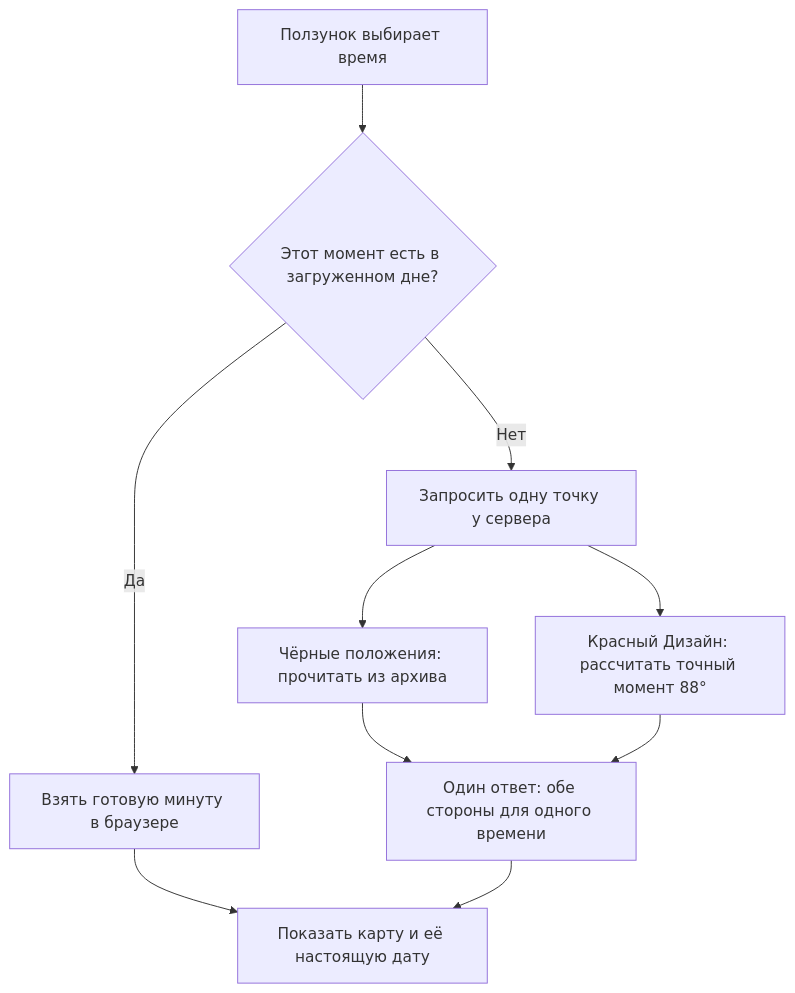
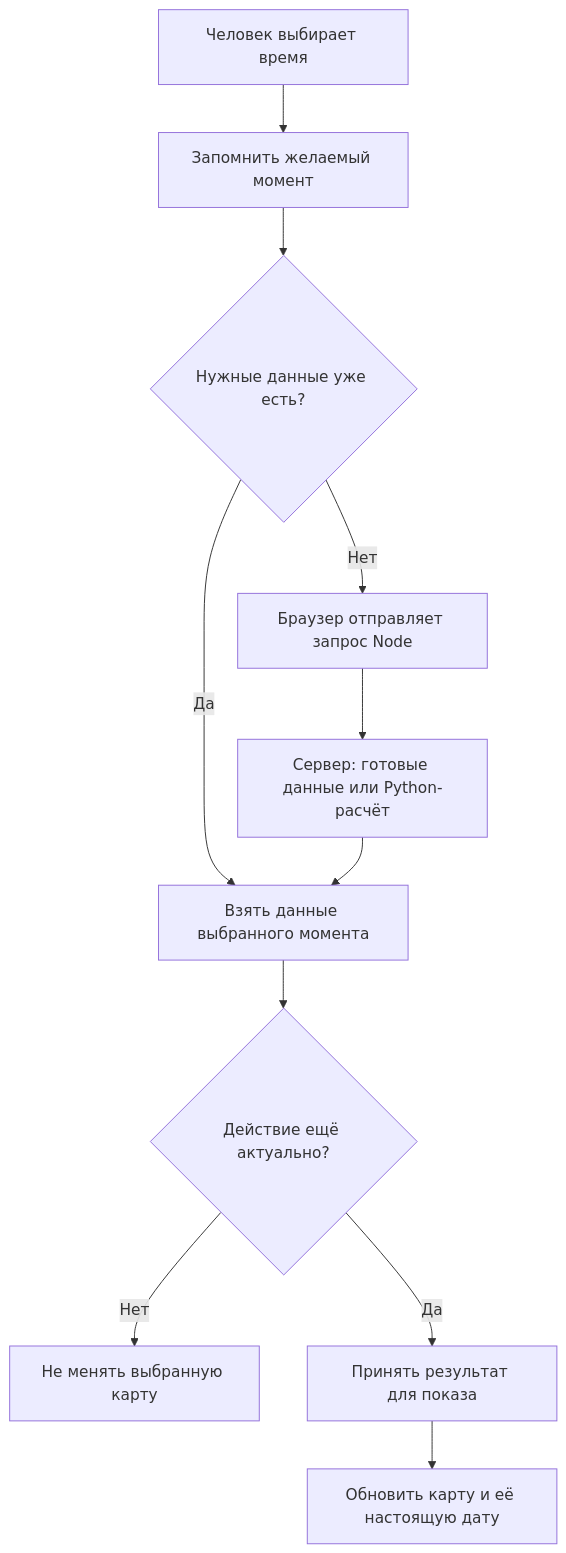
Before and after one commit to JMahach/forma: the first of 2 diagrams in README.md, drawn with Mermaid. The commit also changed other lines of this file and 196 other files, not shown here.

First line of the commit message:
Complete chart exploration, cache safeguards, and project guide

````diff
--- a/README.md
+++ b/README.md
@@ -57,12 +295,13 @@
 ```mermaid
-flowchart TB
-  slider["Ползунок выбирает время"] --> available{"Этот момент есть в загруженном дне?"}
-  available -- "Да" --> minute["Взять готовую минуту в браузере"]
-  available -- "Нет" --> server["Запросить одну точку у сервера"]
-  server --> black["Чёрные положения: прочитать из архива"]
-  server --> red["Красный Дизайн: рассчитать точный момент 88°"]
-  black --> pair["Один ответ: обе стороны для одного времени"]
-  red --> pair
-  minute --> show["Показать карту и её настоящую дату"]
-  pair --> show
+flowchart TD
+  action["Человек выбирает время"] --> target["Запомнить желаемый момент"]
+  target --> available{"Нужные данные уже есть?"}
+  available -- "Да" --> values["Взять данные выбранного момента"]
+  available -- "Нет" --> request["Браузер отправляет запрос Node"]
+  request --> calc["Сервер: готовые данные или Python-расчёт"]
+  calc --> values
+  values --> check{"Действие ещё актуально?"}
+  check -- "Нет" --> ignore["Не менять выбранную карту"]
+  check -- "Да" --> accepted["Принять результат для показа"]
+  accepted --> view["Обновить карту и её настоящую дату"]
 ```
````
